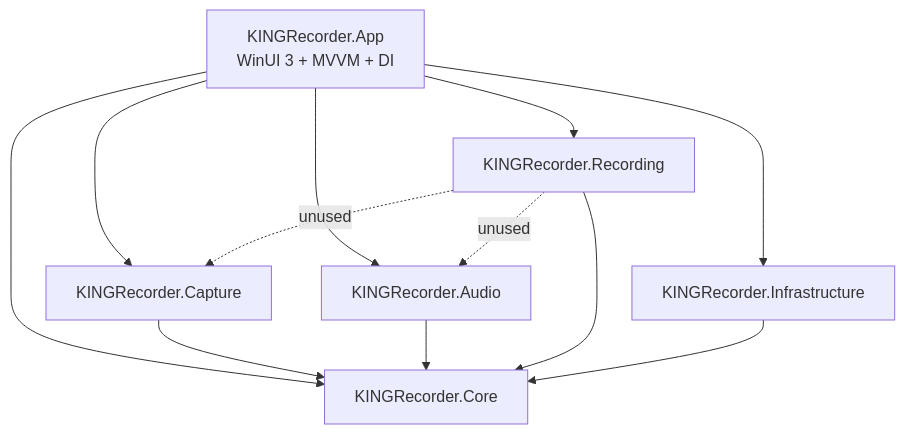
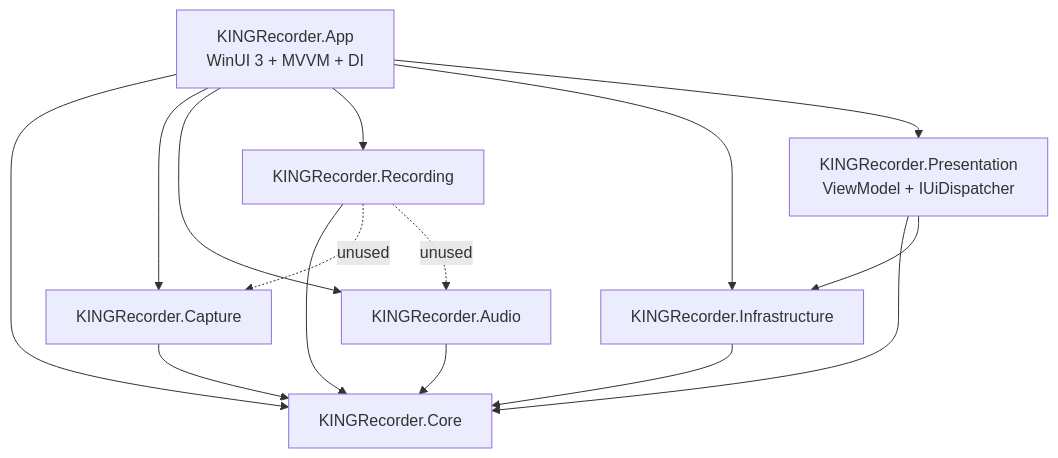
One commit to MOT1209/KING-Rtest changed the first of 3 diagrams in docs/ARCHITECTURE.md. Above: the diagram before and after it, drawn with Mermaid. The commit also changed other lines of this file, not shown here.

First line of the commit message:
docs(architecture): describe the presentation layer, dispatch path and shutdown ownership

````diff
--- a/docs/ARCHITECTURE.md
+++ b/docs/ARCHITECTURE.md
@@ -27,14 +28,17 @@
 ```mermaid
 graph TD
     App[KINGRecorder.App<br/>WinUI 3 + MVVM + DI] --> Core[KINGRecorder.Core]
     App --> Capture[KINGRecorder.Capture]
     App --> Audio[KINGRecorder.Audio]
     App --> Recording[KINGRecorder.Recording]
     App --> Infra[KINGRecorder.Infrastructure]
+    App --> Pres[KINGRecorder.Presentation<br/>ViewModel + IUiDispatcher]
+    Pres --> Core
+    Pres --> Infra
     Capture --> Core
     Audio --> Core
     Recording --> Core
     Recording -.unused.-> Capture
     Recording -.unused.-> Audio
     Infra --> Core
 ```
````
